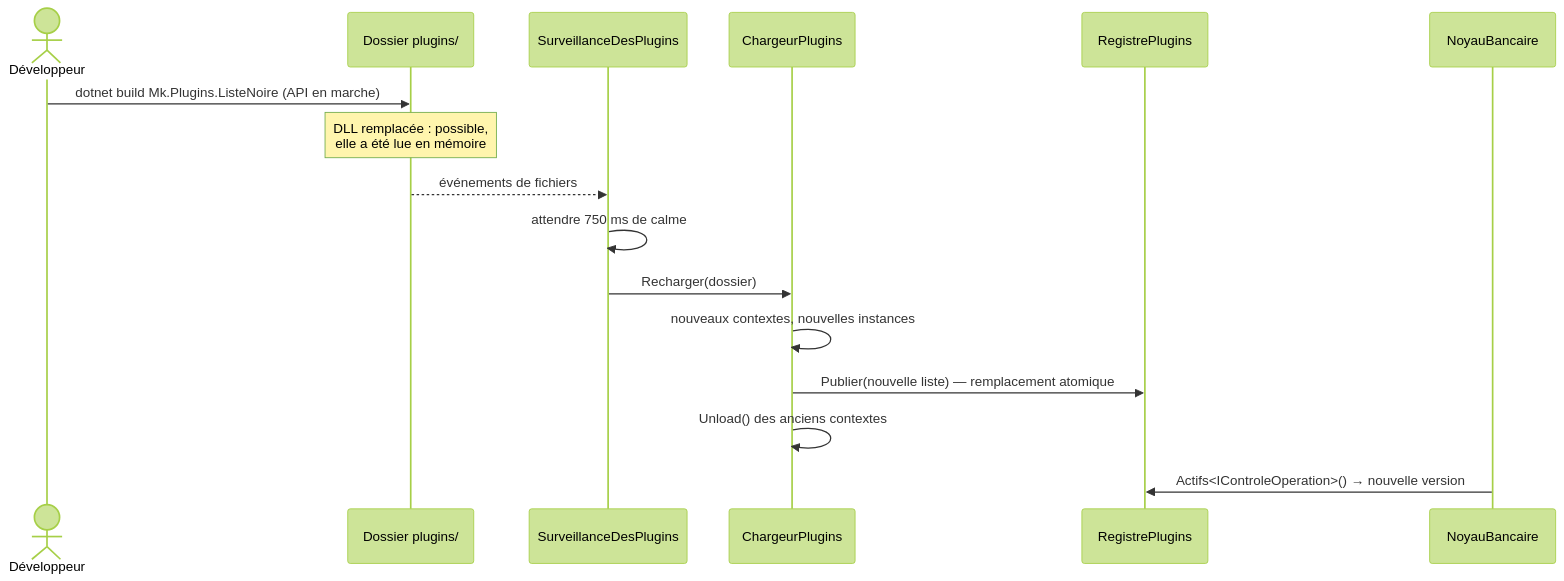
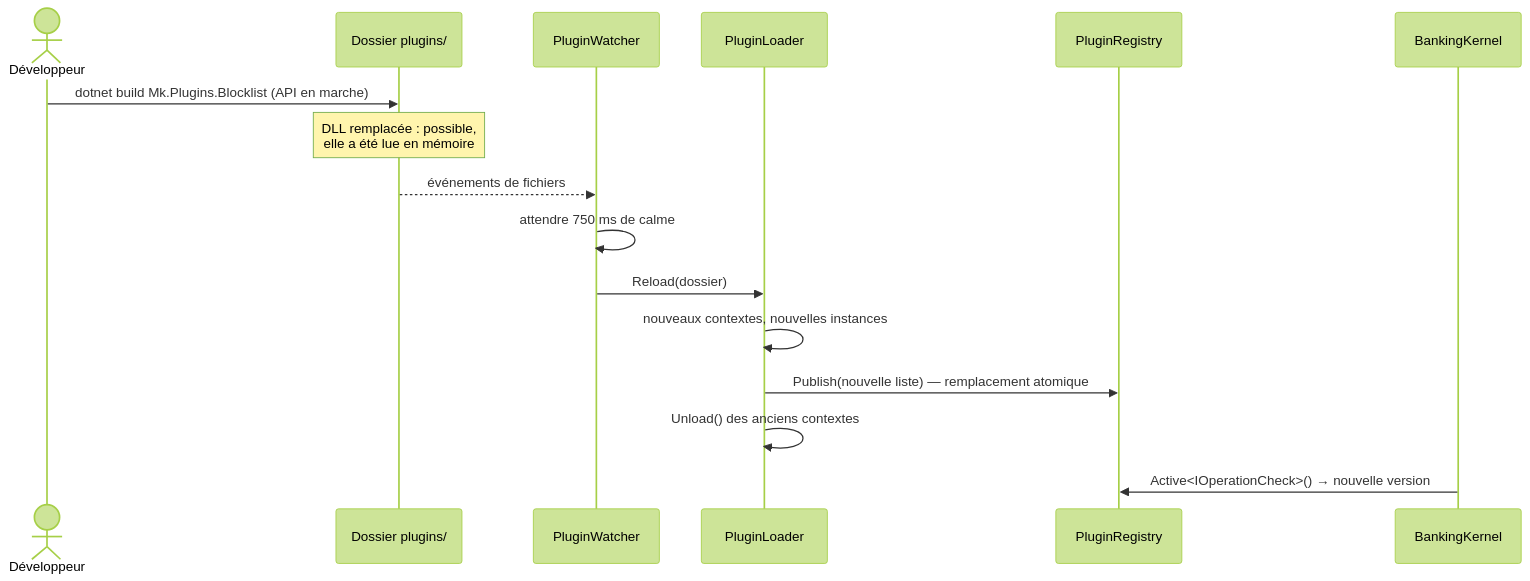
The fifth of 5 diagrams in Docs/13-microkernel.md (drangoht/ArchitecturesDemo), drawn with Mermaid (forest theme) before and after one commit. The commit also changed other lines of this file and 70 other files, not shown here.

Commit message:
Docs FR : identifiants, liens, diagrammes et sorties alignés sur le code anglais

````diff
--- a/Docs/13-microkernel.md
+++ b/Docs/13-microkernel.md
@@ -285,18 +285,18 @@
 ```mermaid
 sequenceDiagram
     actor Dev as Développeur
     participant FS as Dossier plugins/
-    participant S as SurveillanceDesPlugins
-    participant C as ChargeurPlugins
-    participant R as RegistrePlugins
-    participant N as NoyauBancaire
-    Dev->>FS: dotnet build Mk.Plugins.ListeNoire (API en marche)
+    participant S as PluginWatcher
+    participant C as PluginLoader
+    participant R as PluginRegistry
+    participant N as BankingKernel
+    Dev->>FS: dotnet build Mk.Plugins.Blocklist (API en marche)
     Note over FS: DLL remplacée : possible,<br/>elle a été lue en mémoire
     FS-->>S: événements de fichiers
     S->>S: attendre 750 ms de calme
-    S->>C: Recharger(dossier)
+    S->>C: Reload(dossier)
     C->>C: nouveaux contextes, nouvelles instances
-    C->>R: Publier(nouvelle liste) — remplacement atomique
+    C->>R: Publish(nouvelle liste) — remplacement atomique
     C->>C: Unload() des anciens contextes
-    N->>R: Actifs<IControleOperation>() → nouvelle version
+    N->>R: Active<IOperationCheck>() → nouvelle version
 ```
````
